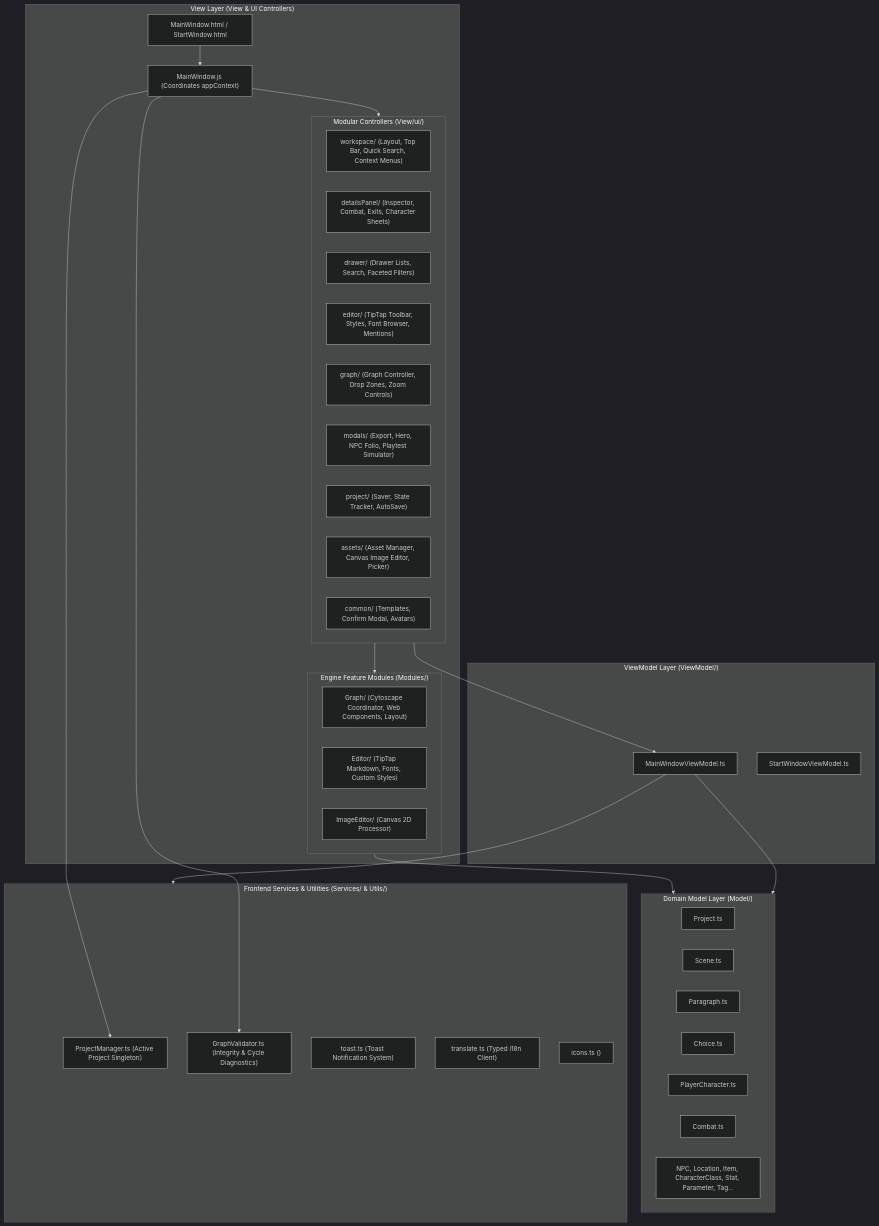
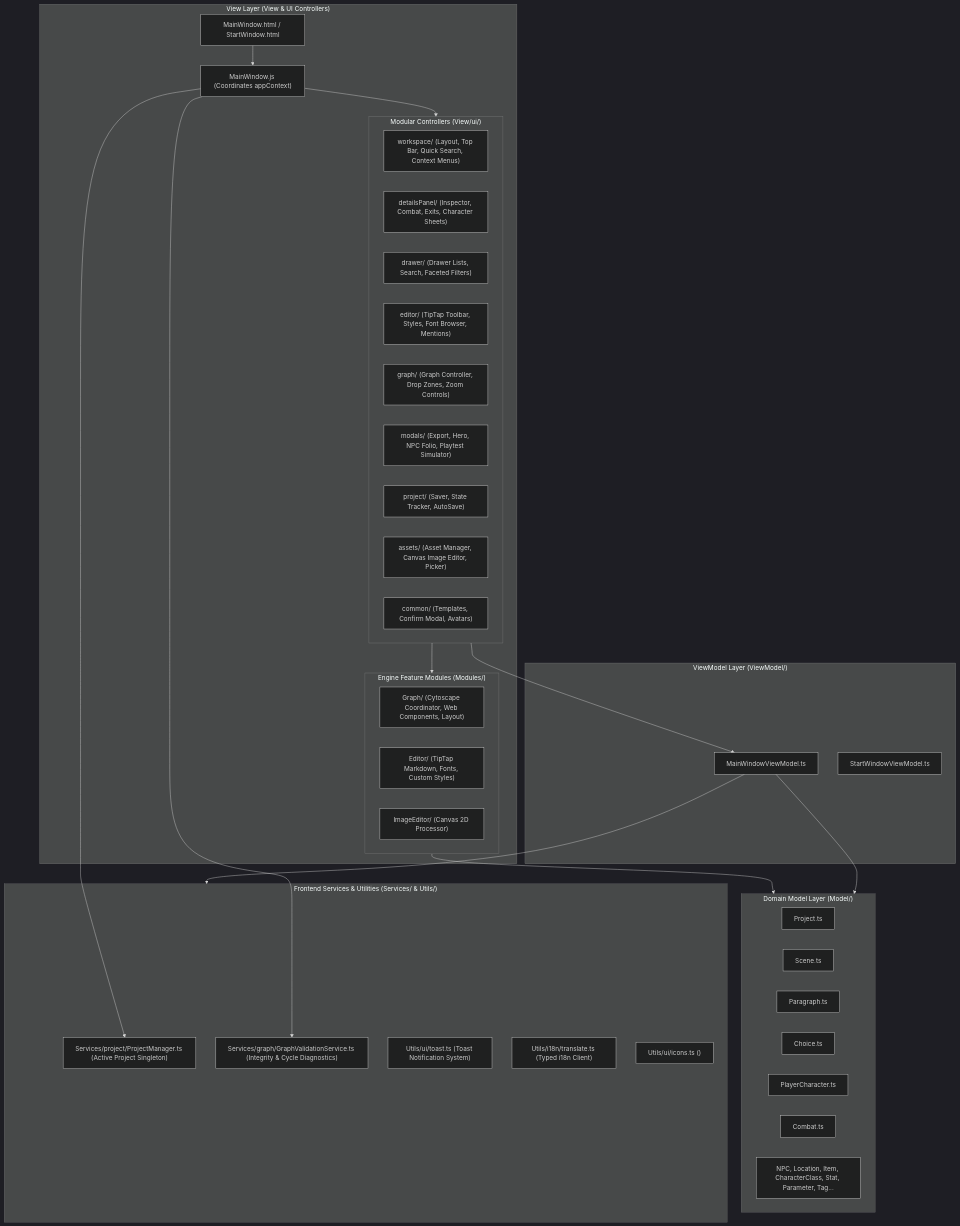
One commit to mountain-bit/Nidavellir changed the first of 2 diagrams in docs/FRONTEND_ARCHITECTURE.md. Above: the diagram before and after it, drawn with Mermaid (dark theme). The commit also changed 4 other files, not shown here.

````diff
--- a/docs/FRONTEND_ARCHITECTURE.md
+++ b/docs/FRONTEND_ARCHITECTURE.md
@@ -11,57 +11,57 @@
 ```mermaid
 graph TD
     subgraph ViewLayer["View Layer (View & UI Controllers)"]
         HTML["MainWindow.html / StartWindow.html"]
         MainController["MainWindow.js (Coordinates appContext)"]
         
         subgraph UIControllers["Modular Controllers (View/ui/)"]
             WorkspaceCtrl["workspace/ (Layout, Top Bar, Quick Search, Context Menus)"]
             DetailsCtrl["detailsPanel/ (Inspector, Combat, Exits, Character Sheets)"]
             DrawerCtrl["drawer/ (Drawer Lists, Search, Faceted Filters)"]
             EditorCtrl["editor/ (TipTap Toolbar, Styles, Font Browser, Mentions)"]
             GraphCtrl["graph/ (Graph Controller, Drop Zones, Zoom Controls)"]
             ModalsCtrl["modals/ (Export, Hero, NPC Folio, Playtest Simulator)"]
             ProjectCtrl["project/ (Saver, State Tracker, AutoSave)"]
             AssetsCtrl["assets/ (Asset Manager, Canvas Image Editor, Picker)"]
             CommonCtrl["common/ (Templates, Confirm Modal, Avatars)"]
         end
 
         subgraph FeatureModules["Engine Feature Modules (Modules/)"]
             StoryGraph["Graph/ (Cytoscape Coordinator, Web Components, Layout)"]
             MarkdownEditor["Editor/ (TipTap Markdown, Fonts, Custom Styles)"]
             ImageProcessor["ImageEditor/ (Canvas 2D Processor)"]
         end
     end
 
     subgraph ViewModelLayer["ViewModel Layer (ViewModel/)"]
         MainVM["MainWindowViewModel.ts"]
         StartVM["StartWindowViewModel.ts"]
     end
 
     subgraph ModelLayer["Domain Model Layer (Model/)"]
         ProjectModel["Project.ts"]
         SceneModel["Scene.ts"]
         ParagraphModel["Paragraph.ts"]
         ChoiceModel["Choice.ts"]
         PlayerCharModel["PlayerCharacter.ts"]
         CombatModel["Combat.ts"]
         EntityModels["NPC, Location, Item, CharacterClass, Stat, Parameter, Tag..."]
     end
 
     subgraph FrontendServices["Frontend Services & Utilities (Services/ & Utils/)"]
-        ProjectMgr["ProjectManager.ts (Active Project Singleton)"]
-        GraphVal["GraphValidator.ts (Integrity & Cycle Diagnostics)"]
-        ToastMgr["toast.ts (Toast Notification System)"]
-        TranslateMgr["translate.ts (Typed i18n Client)"]
-        IconComponent["icons.ts (<app-icon>)"]
+        ProjectMgr["Services/project/ProjectManager.ts (Active Project Singleton)"]
+        GraphVal["Services/graph/GraphValidationService.ts (Integrity & Cycle Diagnostics)"]
+        ToastMgr["Utils/ui/toast.ts (Toast Notification System)"]
+        TranslateMgr["Utils/i18n/translate.ts (Typed i18n Client)"]
+        IconComponent["Utils/ui/icons.ts (<app-icon>)"]
     end
 
     HTML --> MainController
     MainController --> UIControllers
     UIControllers --> MainVM
     UIControllers --> FeatureModules
     FeatureModules --> ModelLayer
     MainVM --> ModelLayer
     MainVM --> FrontendServices
     MainController --> ProjectMgr & GraphVal
 ```
````
